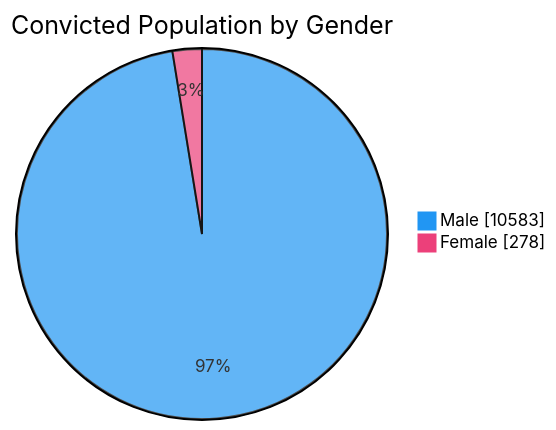
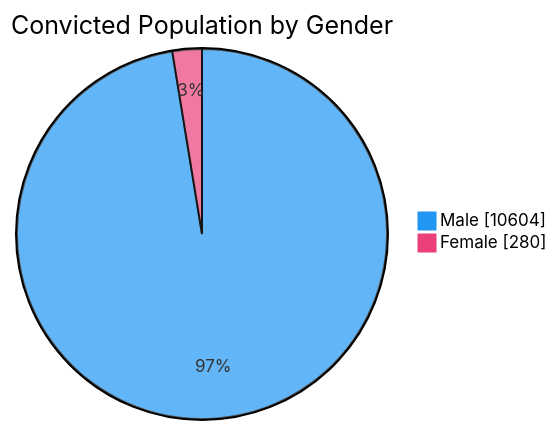
One commit to nuuuwan/lk_prisons changed the third of 7 diagrams in README.md. Above: the diagram before and after it, drawn with Mermaid. The commit also changed other lines of this file and 1 other file, not shown here.

````diff
--- a/README.md
+++ b/README.md
@@ -65,6 +65,6 @@
 ```mermaid
 %%{init: {'themeVariables': {'pie1': '#2196F3', 'pie2': '#EC407A'}}}%%
 pie showData title Convicted Population by Gender
-    "Male" : 10583
-    "Female" : 278
+    "Male" : 10604
+    "Female" : 280
 ```
````
